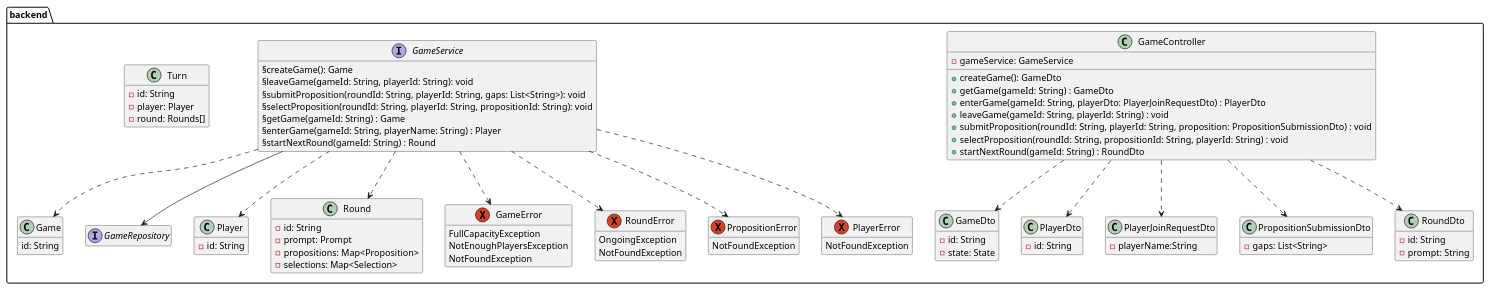
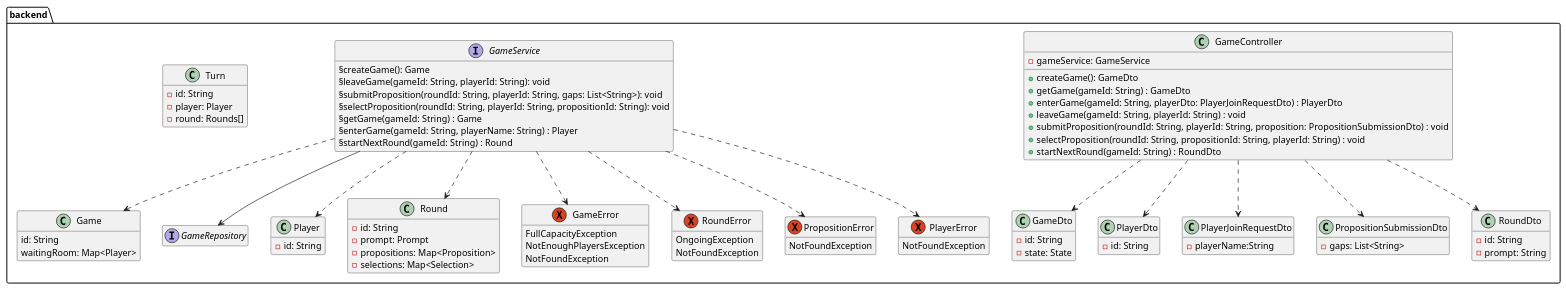
Before and after one commit to patrickwinti/worldwidewalter: the diagram in docs/diagrams/class_diagramm.plantuml, drawn with PlantUML.

Commit message:
updated changes to Game in UML

```diff
--- a/docs/diagrams/class_diagramm.plantuml
+++ b/docs/diagrams/class_diagramm.plantuml
@@ -1,89 +1,90 @@
 @startuml
 package backend{
     hide empty members
     class GameController {
         -gameService: GameService
         +createGame(): GameDto
         +getGame(gameId: String) : GameDto
         +enterGame(gameId: String, playerDto: PlayerJoinRequestDto) : PlayerDto
         +leaveGame(gameId: String, playerId: String) : void
         +submitProposition(roundId: String, playerId: String, proposition: PropositionSubmissionDto) : void
         +selectProposition(roundId: String, propositionId: String, playerId: String) : void
         +startNextRound(gameId: String) : RoundDto
     }
     class GameDto {
         -id: String
         -state: State
     }
     class Game {
         id: String
+        waitingRoom: Map<Player>
     }
     interface GameService{
        §createGame(): Game
        §leaveGame(gameId: String, playerId: String): void
        §submitProposition(roundId: String, playerId: String, gaps: List<String>): void
        §selectProposition(roundId: String, playerId: String, propositionId: String): void
        §getGame(gameId: String) : Game
        §enterGame(gameId: String, playerName: String) : Player
        §startNextRound(gameId: String) : Round
     }
     interface GameRepository
     class PlayerDto {
         -id: String
     }
     class PlayerJoinRequestDto {
         -playerName:String
     }
     class PropositionSubmissionDto {
         -gaps: List<String>
     }
     class RoundDto {
         -id: String
         -prompt: String
     }
     class Player {
         -id: String
     }
     class Turn {
         -id: String
         -player: Player
         -round: Rounds[]
     }
     class Round {
         -id: String
         -prompt: Prompt
         -propositions: Map<Proposition>
         -selections: Map<Selection>
     }
     exception GameError {
         FullCapacityException
         NotEnoughPlayersException
         NotFoundException
     }
     exception RoundError {
         OngoingException
         NotFoundException
     }
     exception PropositionError {
         NotFoundException
     }
     exception PlayerError {
         NotFoundException
     }
 
     GameController..>PlayerDto
     GameController..>PlayerJoinRequestDto
     GameController..>PropositionSubmissionDto
     GameController..>RoundDto
     GameController ..> GameDto
 
     GameService ..> Game
     GameService ..> Round
     GameService ..> Player
     GameService ..> GameError
     GameService ..> RoundError
     GameService ..> PlayerError
     GameService ..> PropositionError
     GameService --> GameRepository
 }
 @enduml
```
